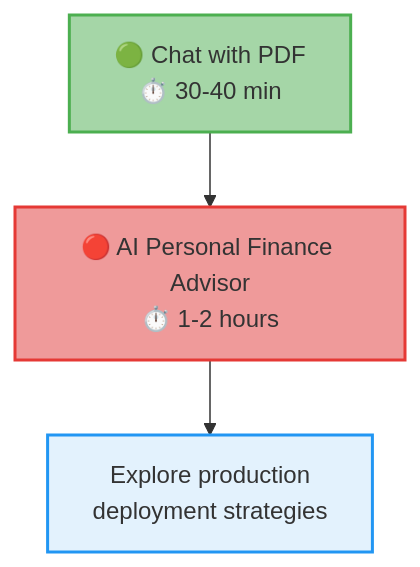
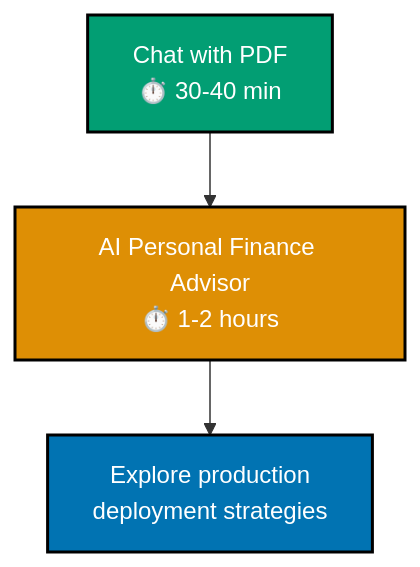
Before and after one commit to wahidyankf/open-sharia-enterprise: the third of 5 diagrams in docs/tutorials/README.md, drawn with Mermaid. The commit also changed other lines of this file and 22 other files, not shown here.

First line of the commit message:
docs(diagrams): ensure all mermaid diagrams use color-blind friendly palette

````diff
--- a/docs/tutorials/README.md
+++ b/docs/tutorials/README.md
@@ -171,12 +180,12 @@
 ```mermaid
 graph TB
-	A[🟢 Chat with PDF<br/>⏱️ 30-40 min]
-	B[🔴 AI Personal Finance Advisor<br/>⏱️ 1-2 hours]
+	A[Chat with PDF<br/>⏱️ 30-40 min]
+	B[AI Personal Finance Advisor<br/>⏱️ 1-2 hours]
 	C[Explore production<br/>deployment strategies]
 
 	A --> B --> C
 
-	style A fill:#a5d6a7,stroke:#4caf50,stroke-width:2px
-	style B fill:#ef9a9a,stroke:#e53935,stroke-width:2px
-	style C fill:#e3f2fd,stroke:#2196f3,stroke-width:2px
+	style A fill:#029E73,stroke:#000000,color:#FFFFFF,stroke-width:2px
+	style B fill:#DE8F05,stroke:#000000,color:#FFFFFF,stroke-width:2px
+	style C fill:#0173B2,stroke:#000000,color:#FFFFFF,stroke-width:2px
 ```
````
